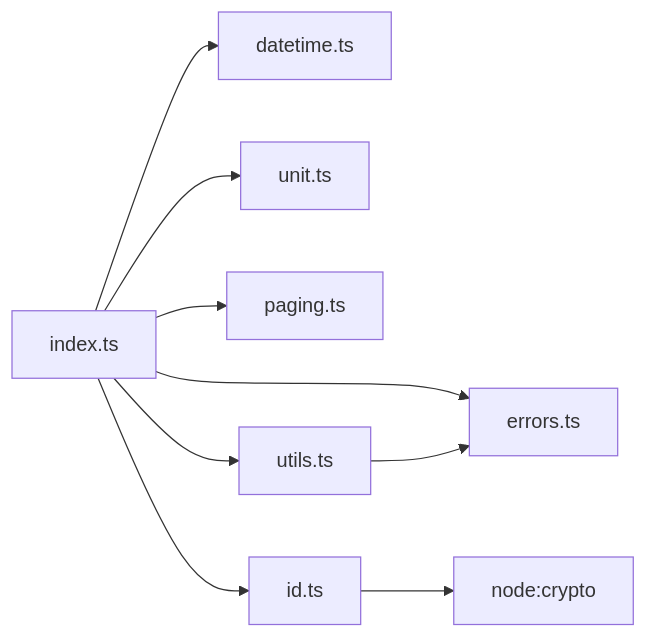
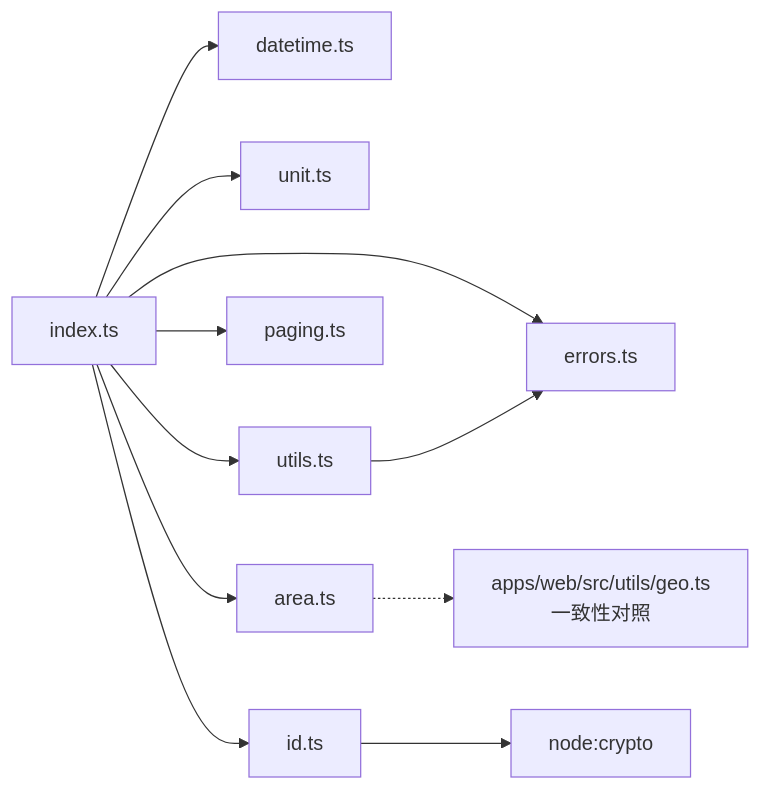
Before and after one commit to q446328246/agri-platform: the tenth of 11 diagrams in .qoder/repowiki/zh/content/公共包文档/共享工具包 (@agri_shared).md, drawn with Mermaid. The commit also changed other lines of this file and 52 other files, not shown here.

````diff
--- a/.qoder/repowiki/zh/content/公共包文档/共享工具包 (@agri_shared).md
+++ b/.qoder/repowiki/zh/content/公共包文档/共享工具包 (@agri_shared).md
@@ -283,11 +328,13 @@
 ```mermaid
 graph LR
 index["index.ts"] --> errors["errors.ts"]
 index --> datetime["datetime.ts"]
 index --> unit["unit.ts"]
+index --> area["area.ts"]
 index --> paging["paging.ts"]
 index --> id["id.ts"]
 index --> utils["utils.ts"]
 utils --> errors
 id --> crypto["node:crypto"]
+area -.-> web_geo["apps/web/src/utils/geo.ts<br/>一致性对照"]
 ```
````
